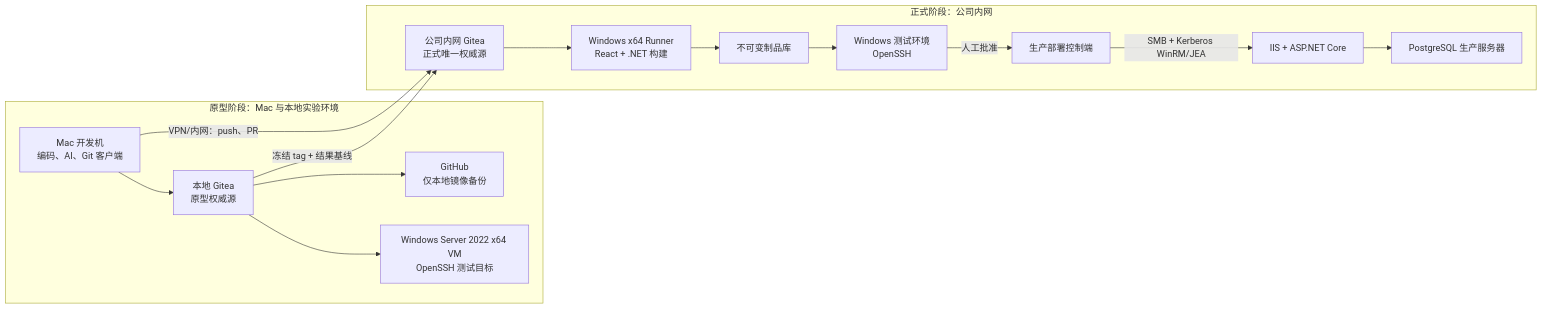
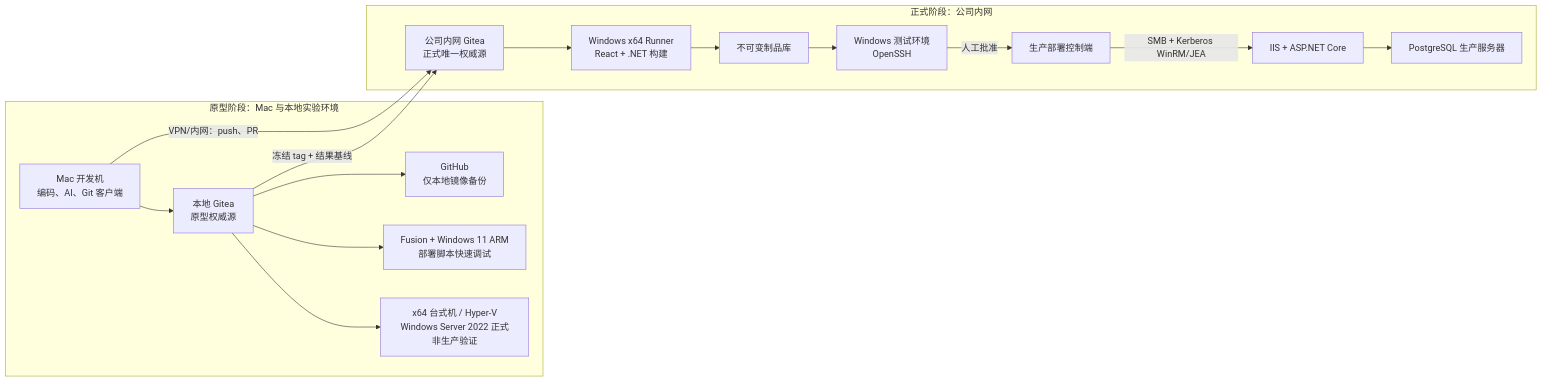
One commit to BenQue/AIGitea changed the diagram in 07-内网与生产平移路线.md. Above: the diagram before and after it, drawn with Mermaid. The commit also changed other lines of this file and 4 other files, not shown here.

Commit message:
docs: add Fusion Windows ARM prototype layer

````diff
--- a/07-内网与生产平移路线.md
+++ b/07-内网与生产平移路线.md
@@ -20,29 +20,31 @@
 ```mermaid
 flowchart LR
     subgraph LAB["原型阶段：Mac 与本地实验环境"]
         MAC["Mac 开发机<br/>编码、AI、Git 客户端"]
         LG["本地 Gitea<br/>原型权威源"]
         GH["GitHub<br/>仅本地镜像备份"]
-        LWIN["Windows Server 2022 x64 VM<br/>OpenSSH 测试目标"]
+        ARM["Fusion + Windows 11 ARM<br/>部署脚本快速调试"]
+        LWIN["x64 台式机 / Hyper-V<br/>Windows Server 2022 正式非生产验证"]
         MAC --> LG
         LG --> GH
+        LG --> ARM
         LG --> LWIN
     end
 
     LG -->|"冻结 tag + 结果基线"| CG["公司内网 Gitea<br/>正式唯一权威源"]
 
     subgraph CORP["正式阶段：公司内网"]
         WR["Windows x64 Runner<br/>React + .NET 构建"]
         PKG["不可变制品库"]
         TEST["Windows 测试环境<br/>OpenSSH"]
         CTRL["生产部署控制端"]
         WEB["IIS + ASP.NET Core"]
         DB["PostgreSQL 生产服务器"]
         CG --> WR --> PKG --> TEST
         TEST -->|"人工批准"| CTRL
         CTRL -->|"SMB + Kerberos WinRM/JEA"| WEB
         WEB --> DB
     end
 
     MAC -->|"VPN/内网：push、PR"| CG
 ```
````
